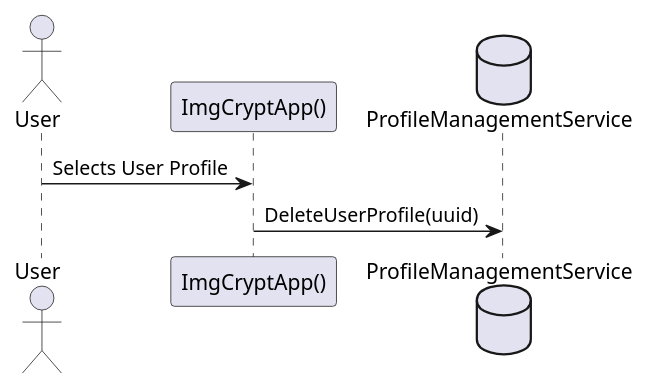
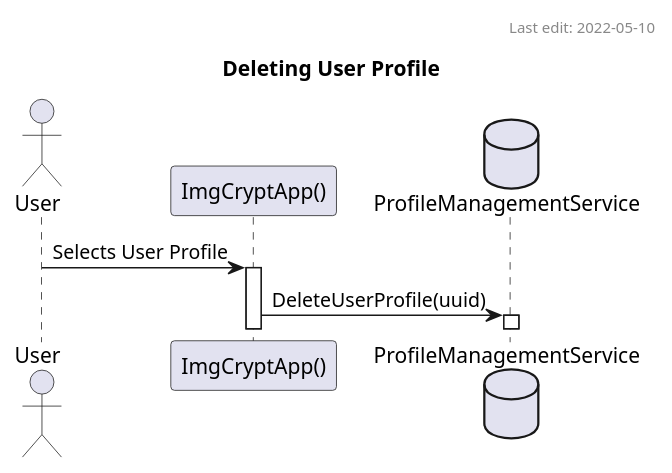
The diagram in UML/Delete User Profile.wsd (Soyvolon/img-crypt), drawn with PlantUML before and after one commit. The commit also changed 1 other file, not shown here.

Commit message:
Added some state UML diagrams

```diff
--- a/UML/Delete User Profile.wsd
+++ b/UML/Delete User Profile.wsd
@@ -1,9 +1,13 @@
 @startuml
+'Author: Hayden Carpenter
+'Last Edit: 2022-05-10
+title Deleting User Profile
+header Last edit: 2022-05-10
 actor User
 participant "ImgCryptApp()" as gui
 database ProfileManagementService as db
 
-User->gui: Selects User Profile
+User->gui++: Selects User Profile
 
-gui->db: DeleteUserProfile(uuid)
+gui->db++: DeleteUserProfile(uuid)
 @enduml
```
